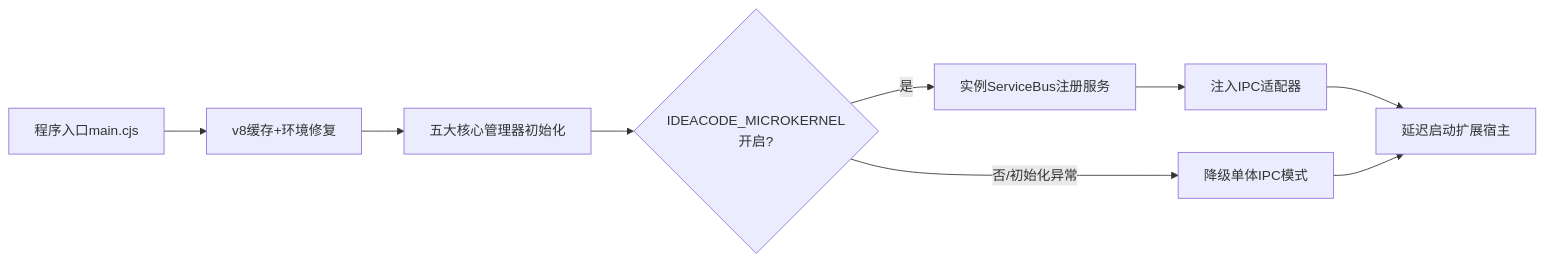
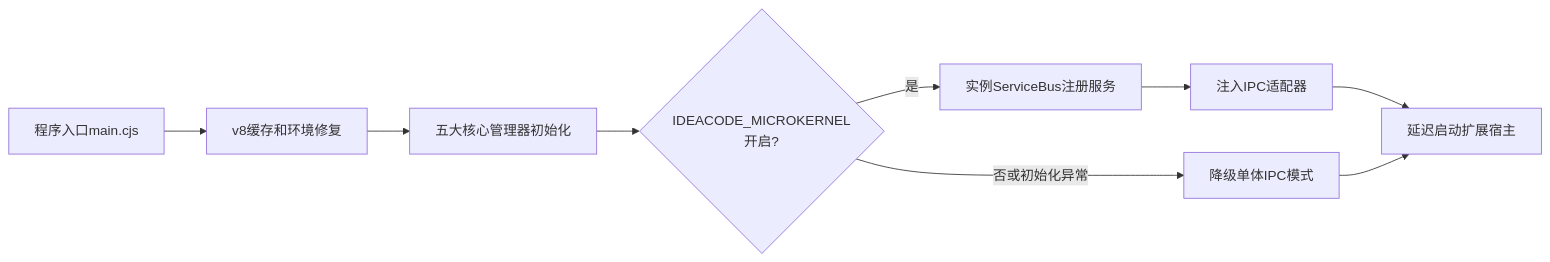
The second of 8 diagrams in README.md (chongyin10/ideaCode), drawn with Mermaid before and after one commit. The commit also changed other lines of this file, not shown here.

````diff
--- a/README.md
+++ b/README.md
@@ -163,11 +167,11 @@
 ```mermaid
 flowchart LR
-    A[程序入口main.cjs] --> A1[v8缓存+环境修复]
+    A[程序入口main.cjs] --> A1[v8缓存和环境修复]
     A1 --> A2[五大核心管理器初始化]
     A2 --> B{IDEACODE_MICROKERNEL开启?}
     B -- 是 --> C[实例ServiceBus注册服务]
     C --> D[注入IPC适配器]
     D --> F[延迟启动扩展宿主]
-    B -- 否/初始化异常 --> E[降级单体IPC模式]
+    B -- 否或初始化异常 --> E[降级单体IPC模式]
     E --> F
 ```
````
